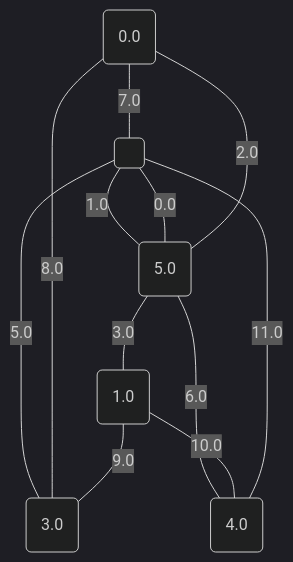
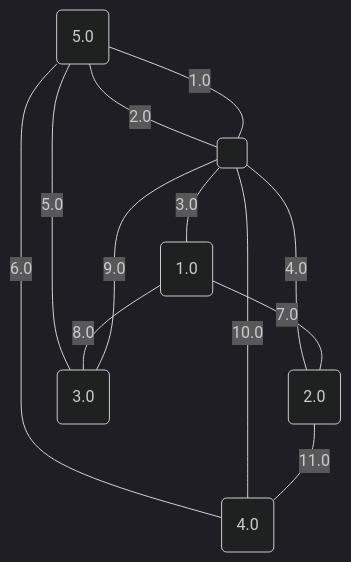
One commit to metury/graphs changed the ninth of 17 diagrams in project/src/testing/minCutPetersen.md. Above: the diagram before and after it, drawn with Mermaid (dark theme). The commit also changed other lines of this file and 78 other files, not shown here.

````diff
--- a/project/src/testing/minCutPetersen.md
+++ b/project/src/testing/minCutPetersen.md
@@ -243,20 +243,20 @@
 ```mermaid
 graph TD;
-0("0.0");
-1("1.0");
+0("1.0");
+1("2.0");
 2("3.0");
 3("4.0");
 4("5.0");
 5(" ");
-	4 -- "0.0" --- 5;
 	5 -- "1.0" --- 4;
-	4 -- "2.0" --- 0;
-	4 -- "3.0" --- 1;
-	5 -- "5.0" --- 2;
+	4 -- "2.0" --- 5;
+	5 -- "3.0" --- 0;
+	5 -- "4.0" --- 1;
+	4 -- "5.0" --- 2;
 	4 -- "6.0" --- 3;
-	0 -- "7.0" --- 5;
+	0 -- "7.0" --- 1;
 	0 -- "8.0" --- 2;
-	1 -- "9.0" --- 2;
-	1 -- "10.0" --- 3;
-	5 -- "11.0" --- 3;
+	5 -- "9.0" --- 2;
+	5 -- "10.0" --- 3;
+	1 -- "11.0" --- 3;
 ```
````
